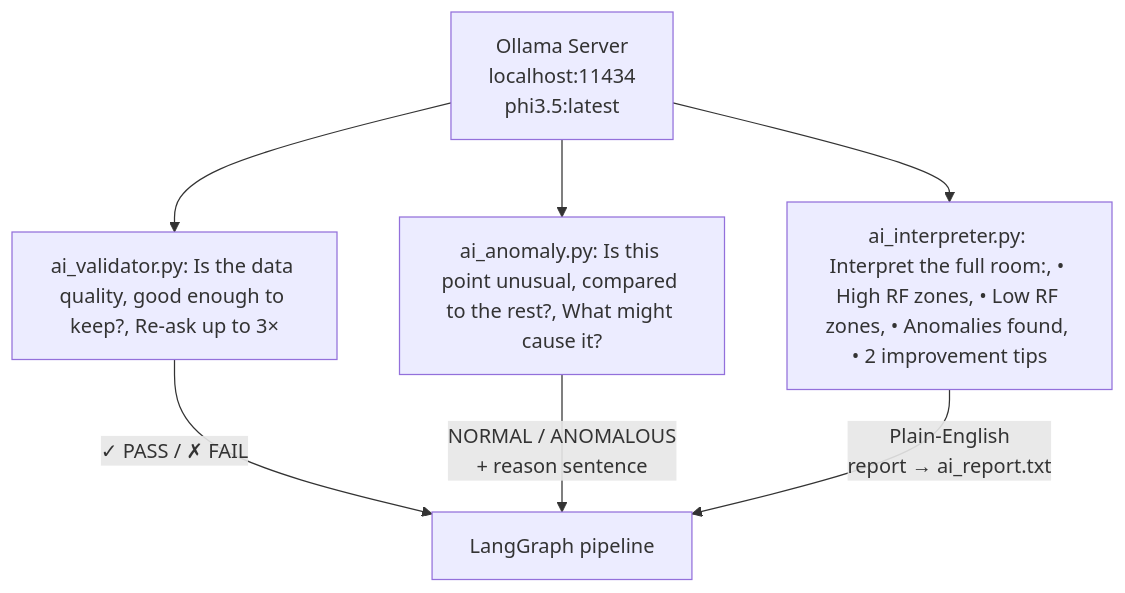
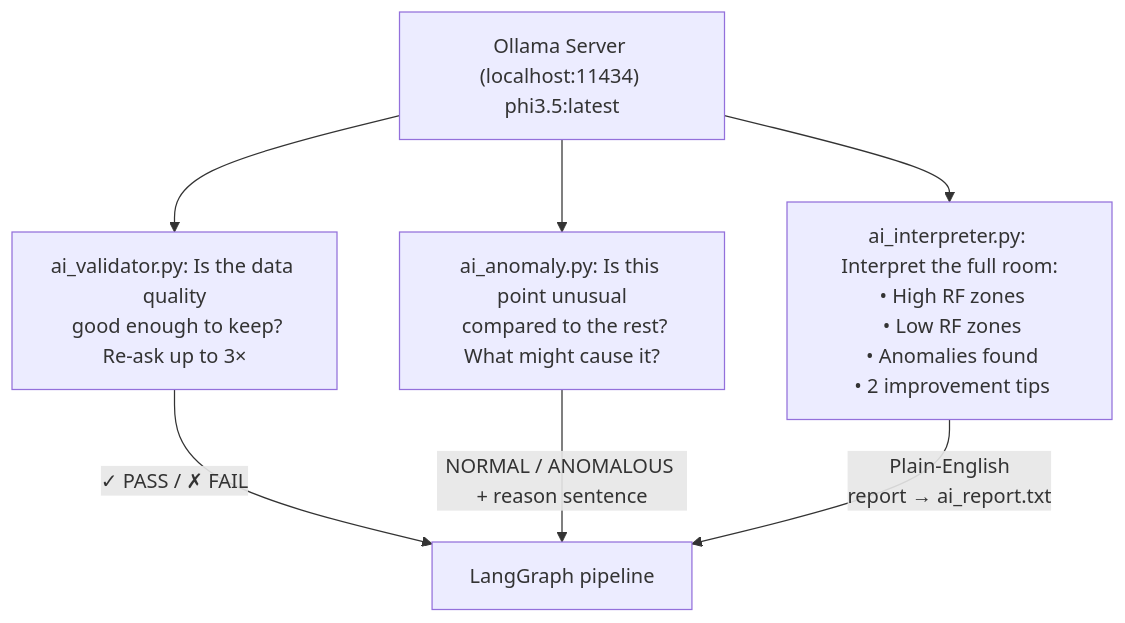
The fifth of 7 diagrams in PROJECT_FLOW.md (Fairtexas5/AetherScan-Seance), drawn with Mermaid before and after one commit. The commit also changed other lines of this file and 1 other file, not shown here.

````diff
--- a/PROJECT_FLOW.md
+++ b/PROJECT_FLOW.md
@@ -135,16 +135,16 @@
 ```mermaid
 flowchart TD
-    OLLAMA[" Ollama Server\nlocalhost:11434\nphi3.5:latest"]
+    OLLAMA[" Ollama Server (localhost:11434) phi3.5:latest"]
 
-    V["ai_validator.py: Is the data quality, good enough to keep?, Re-ask up to 3×"]
-    AN["ai_anomaly.py: Is this point unusual, compared to the rest?, What might cause it?"]
-    IN["ai_interpreter.py: Interpret the full room:, • High RF zones, • Low RF zones, • Anomalies found, • 2 improvement tips"]
+    V["ai_validator.py: Is the data quality<br> good enough to keep?<br>Re-ask up to 3×"]
+    AN["ai_anomaly.py: Is this point unusual<br> compared to the rest?<br>What might cause it?"]
+    IN["ai_interpreter.py: Interpret the full room:<br> • High RF zones<br> • Low RF zones<br> • Anomalies found<br> • 2 improvement tips"]
 
     OLLAMA --> V
     OLLAMA --> AN
     OLLAMA --> IN
 
     V -- "✓ PASS / ✗ FAIL" --> PIPE["LangGraph pipeline"]
-    AN -- "NORMAL / ANOMALOUS\n+ reason sentence" --> PIPE
+    AN -- "NORMAL / ANOMALOUS + reason sentence" --> PIPE
     IN -- "Plain-English\nreport → ai_report.txt" --> PIPE
 ```
````
